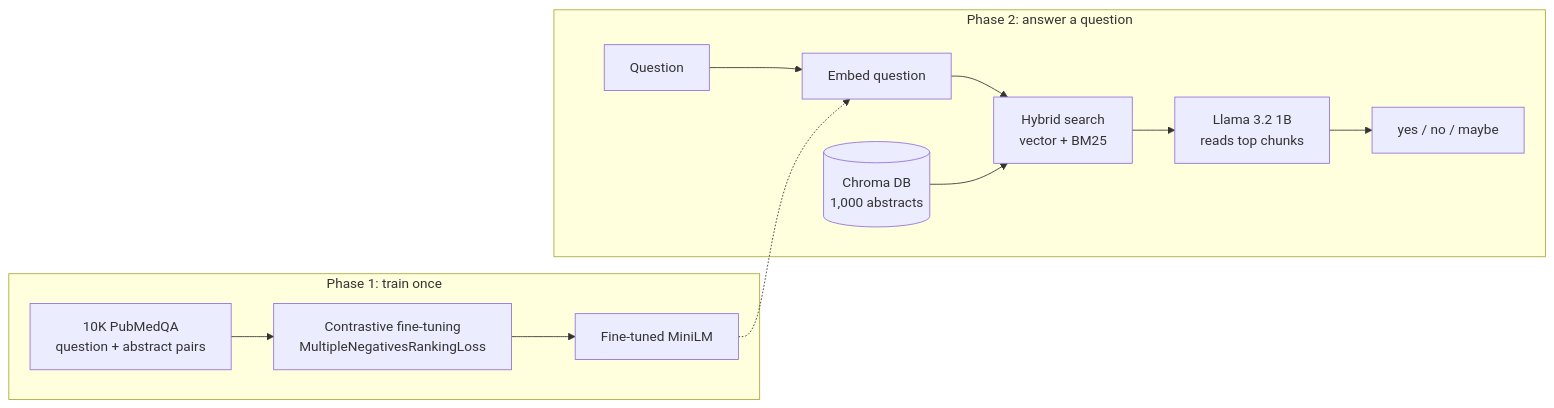
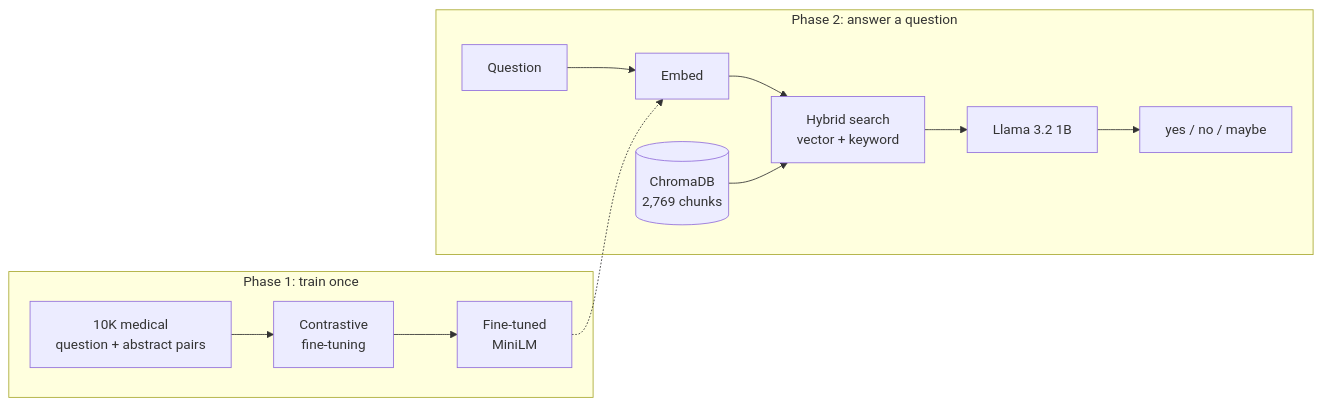
Before and after one commit to akshayasiva/pubmedqa-medical-rag: the diagram in README.md, drawn with Mermaid. The commit also changed other lines of this file, not shown here.

````diff
--- a/README.md
+++ b/README.md
@@ -19,15 +21,15 @@
 ```mermaid
 flowchart LR
     subgraph P1[Phase 1: train once]
-        A[10K PubMedQA<br/>question + abstract pairs] --> B[Contrastive fine-tuning<br/>MultipleNegativesRankingLoss]
-        B --> C[Fine-tuned MiniLM]
+        A[10K medical<br/>question + abstract pairs] --> B[Contrastive<br/>fine-tuning]
+        B --> C[Fine-tuned<br/>MiniLM]
     end
     subgraph P2[Phase 2: answer a question]
-        Q[Question] --> E[Embed question]
-        E --> H[Hybrid search<br/>vector + BM25]
-        D[(Chroma DB<br/>1,000 abstracts)] --> H
-        H --> L[Llama 3.2 1B<br/>reads top chunks]
+        Q[Question] --> E[Embed]
+        E --> H[Hybrid search<br/>vector + keyword]
+        D[(ChromaDB<br/>2,769 chunks)] --> H
+        H --> L[Llama 3.2 1B]
         L --> R[yes / no / maybe]
     end
     C -.-> E
 ```
````
